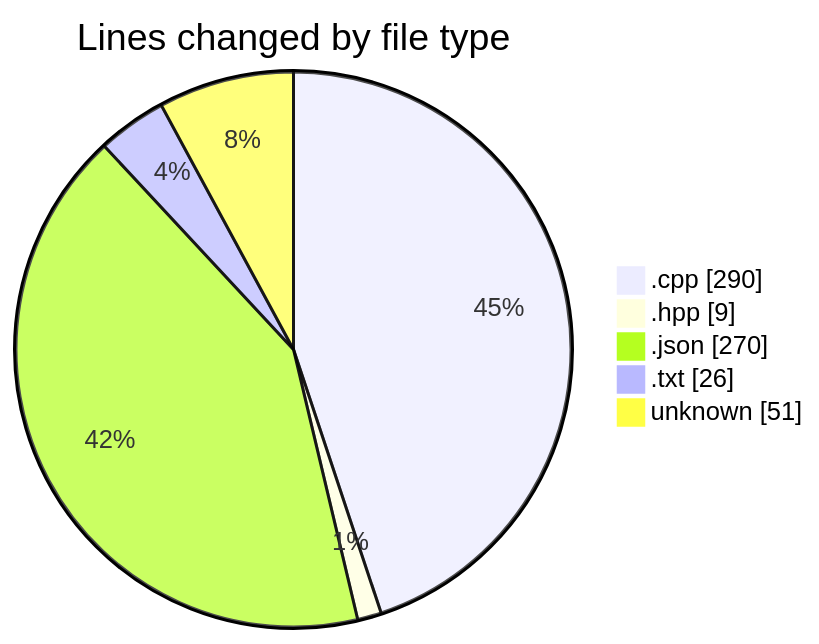
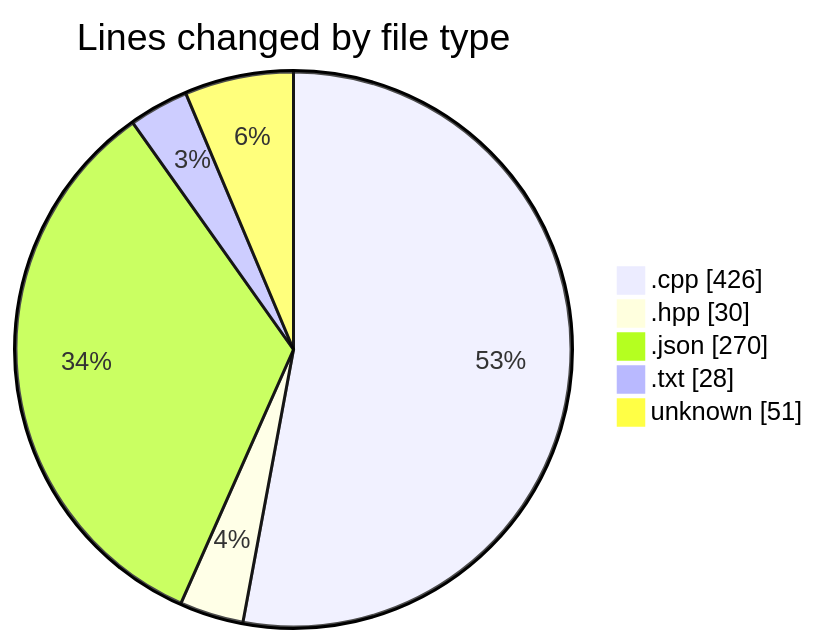
One commit to Netris89/code-tracking changed the first of 2 diagrams in 2025-04-06/echo/README.md. Above: the diagram before and after it, drawn with Mermaid. The commit also changed other lines of this file and 1 other file, not shown here.

````diff
--- a/2025-04-06/echo/README.md
+++ b/2025-04-06/echo/README.md
@@ -25,9 +25,9 @@
 ```mermaid
 pie showData
 title Lines changed by file type
-".cpp" : 290
-".hpp" : 9
+".cpp" : 426
+".hpp" : 30
 ".json" : 270
-".txt" : 26
+".txt" : 28
 "unknown" : 51
 ```
````
